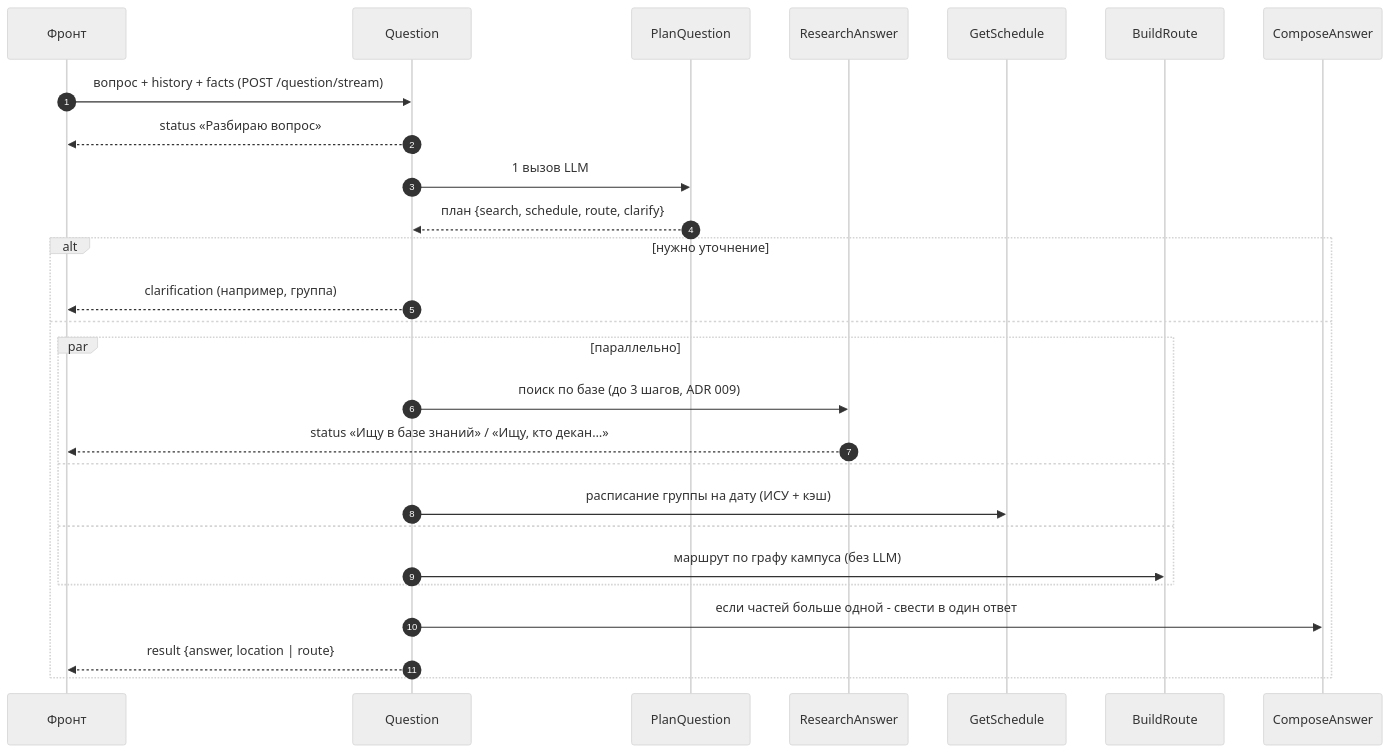
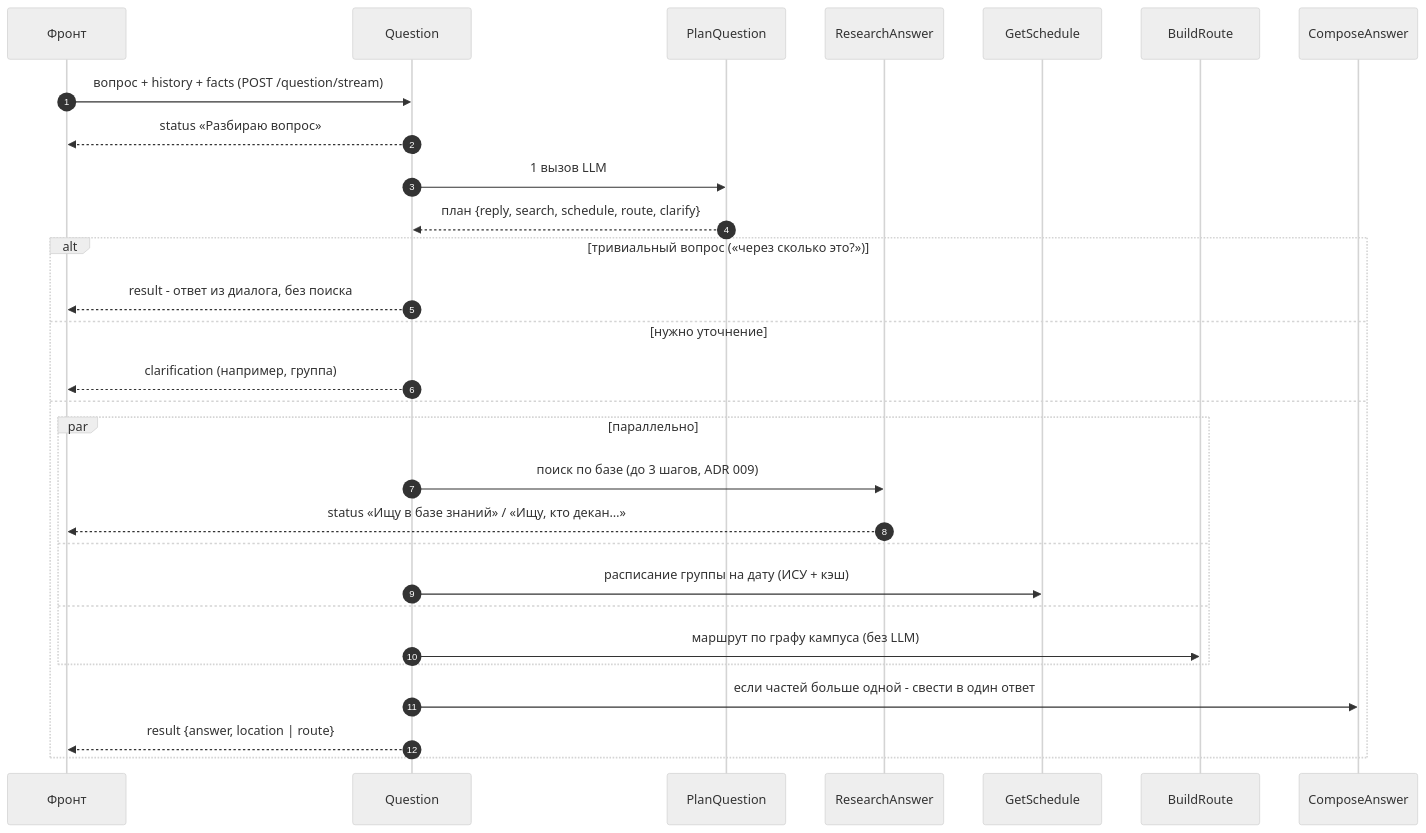
One commit to wprojectsuust/knowledge_base changed the third of 4 diagrams in docs/architecture.md. Above: the diagram before and after it, drawn with Mermaid (neutral theme). The commit also changed other lines of this file and 12 other files, not shown here.

````diff
--- a/docs/architecture.md
+++ b/docs/architecture.md
@@ -68,30 +68,32 @@
 ```mermaid
 sequenceDiagram
     autonumber
     participant F as Фронт
     participant Q as Question
     participant P as PlanQuestion
     participant R as ResearchAnswer
     participant S as GetSchedule
     participant N as BuildRoute
     participant C as ComposeAnswer
 
     F->>Q: вопрос + history + facts (POST /question/stream)
     Q-->>F: status «Разбираю вопрос»
     Q->>P: 1 вызов LLM
-    P-->>Q: план {search, schedule, route, clarify}
-    alt нужно уточнение
+    P-->>Q: план {reply, search, schedule, route, clarify}
+    alt тривиальный вопрос («через сколько это?»)
+        Q-->>F: result - ответ из диалога, без поиска
+    else нужно уточнение
         Q-->>F: clarification (например, группа)
     else
         par параллельно
             Q->>R: поиск по базе (до 3 шагов, ADR 009)
             R-->>F: status «Ищу в базе знаний» / «Ищу, кто декан…»
         and
             Q->>S: расписание группы на дату (ИСУ + кэш)
         and
             Q->>N: маршрут по графу кампуса (без LLM)
         end
         Q->>C: если частей больше одной - свести в один ответ
         Q-->>F: result {answer, location | route}
     end
 ```
````
